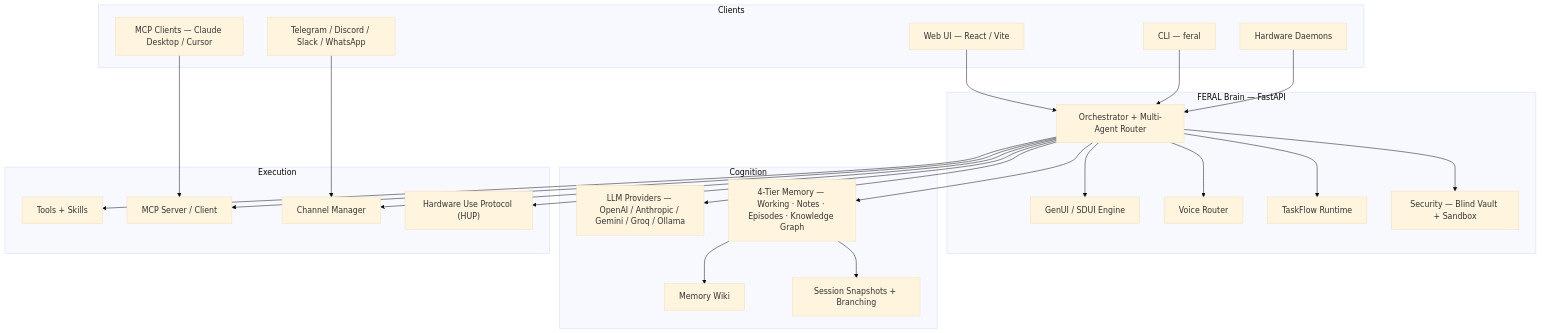
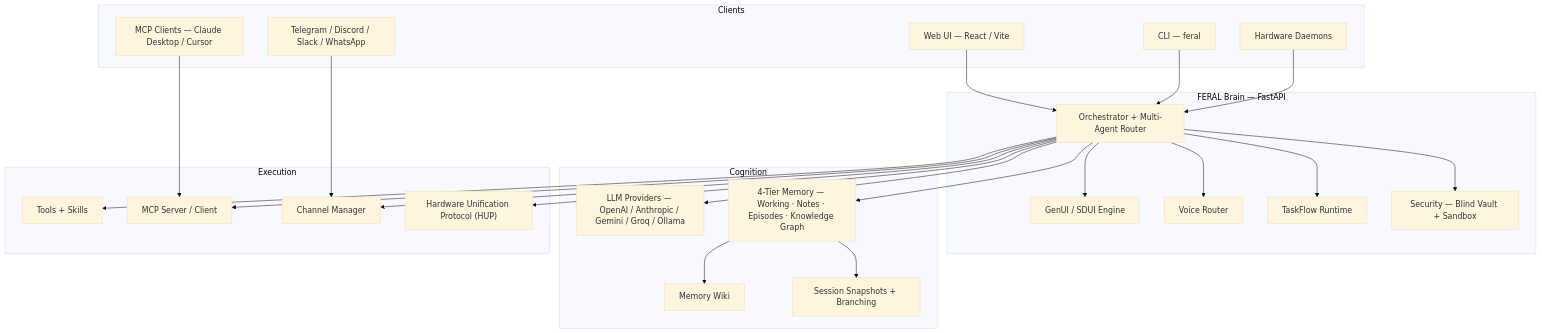
Before and after one commit to FERAL-AI/FERAL-AI: the diagram in docs/mintlify/architecture.mdx, drawn with Mermaid (base theme). The commit also changed other lines of this file and 22 other files, not shown here.

````diff
--- a/docs/mintlify/architecture.mdx
+++ b/docs/mintlify/architecture.mdx
@@ -13,52 +13,52 @@
 ```mermaid
 flowchart TD
   subgraph Clients
     web["Web UI — React / Vite"]
     cli["CLI — feral"]
     hw["Hardware Daemons"]
     channels["Telegram / Discord / Slack / WhatsApp"]
     mcp_c["MCP Clients — Claude Desktop / Cursor"]
   end
 
   subgraph Brain["FERAL Brain — FastAPI"]
     orch["Orchestrator + Multi-Agent Router"]
     genui["GenUI / SDUI Engine"]
     voice["Voice Router"]
     taskflow["TaskFlow Runtime"]
     security["Security — Blind Vault + Sandbox"]
   end
 
   subgraph Cognition
     llm["LLM Providers — OpenAI / Anthropic / Gemini / Groq / Ollama"]
     mem["4-Tier Memory — Working · Notes · Episodes · Knowledge Graph"]
     wiki["Memory Wiki"]
     sessions["Session Snapshots + Branching"]
   end
 
   subgraph Execution
     tools["Tools + Skills"]
     mcp_s["MCP Server / Client"]
     ch_mgr["Channel Manager"]
-    hup["Hardware Use Protocol (HUP)"]
+    hup["Hardware Unification Protocol (HUP)"]
   end
 
   web --> orch
   cli --> orch
   hw --> orch
   channels --> ch_mgr
   mcp_c --> mcp_s
 
   orch --> llm
   orch --> mem
   orch --> genui
   orch --> voice
   orch --> taskflow
   orch --> tools
   orch --> ch_mgr
   orch --> mcp_s
   orch --> hup
   orch --> security
 
   mem --> wiki
   mem --> sessions
 ```
````
